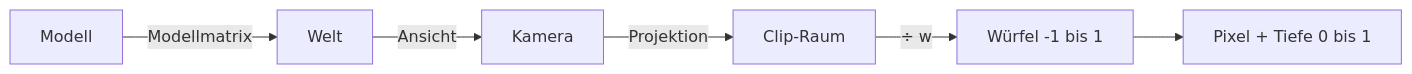
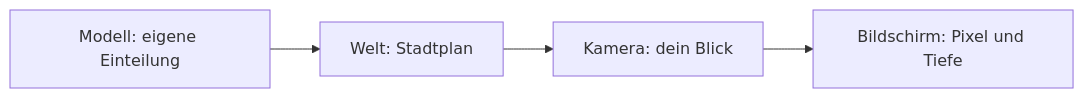
The first of 3 diagrams in kern/docs/buch-gelb/B-grundlagen-rendering.md (ChristianHohlfeld/kernengine.de), drawn with Mermaid before and after one commit. The commit also changed other lines of this file and 1 other file, not shown here.

First line of the commit message:
Gelb 4 und B nach Lesetest umgeschrieben (Skalarprodukt als Bild, Schattenkugel ohne Black Box)

````diff
--- a/kern/docs/buch-gelb/B-grundlagen-rendering.md
+++ b/kern/docs/buch-gelb/B-grundlagen-rendering.md
@@ -18,8 +38,6 @@
 ```mermaid
 flowchart LR
-  M["Modell"] -->|"Modellmatrix"| W["Welt"]
-  W -->|"Ansicht"| K["Kamera"]
-  K -->|"Projektion"| C["Clip-Raum"]
-  C -->|"÷ w"| N["Würfel -1 bis 1"]
-  N --> S["Pixel + Tiefe 0 bis 1"]
+  M["Modell: eigene Einteilung"] --> W["Welt: Stadtplan"]
+  W --> K["Kamera: dein Blick"]
+  K --> S["Bildschirm: Pixel und Tiefe"]
 ```
````
